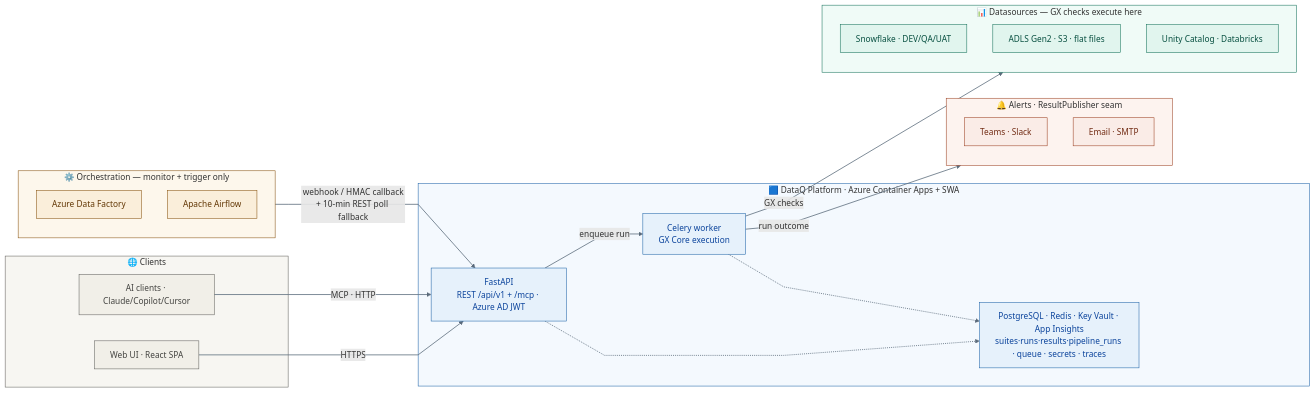
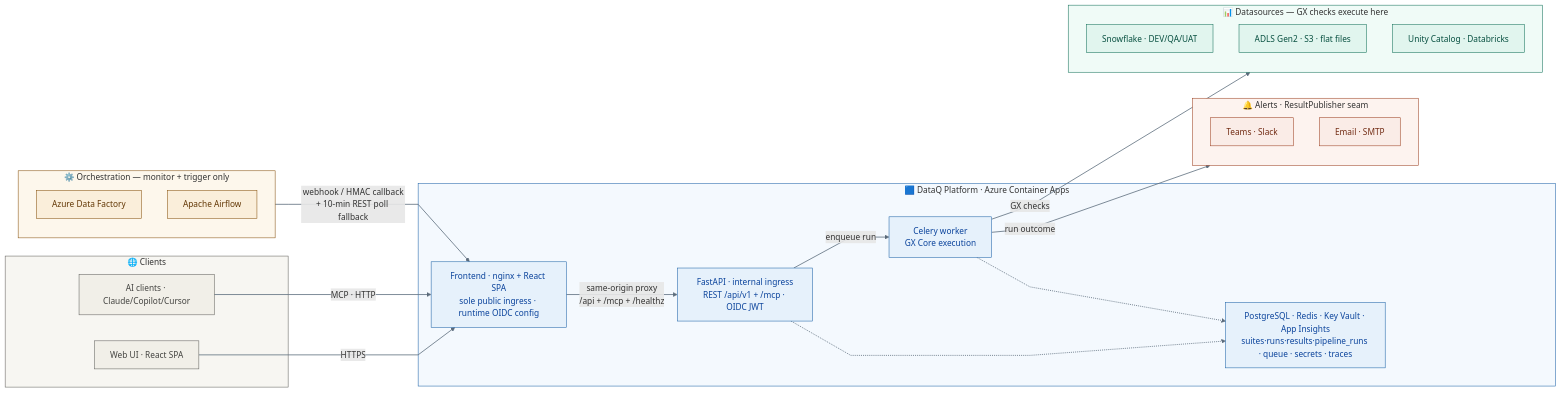
The diagram in docs/architecture.md (TheurgicDuke771/DataQ), drawn with Mermaid before and after one commit. The commit also changed other lines of this file and 5 other files, not shown here.

````diff
--- a/docs/architecture.md
+++ b/docs/architecture.md
@@ -5,52 +5,54 @@
 ```mermaid
 %%{init: {'flowchart': {'curve': 'linear'}}}%%
 flowchart LR
     subgraph orch["⚙️ Orchestration — monitor + trigger only"]
         ADF["Azure Data Factory"]
         AF["Apache Airflow"]
     end
     subgraph clients["🌐 Clients"]
         AICli["AI clients · Claude/Copilot/Cursor"]
         Web["Web UI · React SPA"]
     end
-    subgraph platform["🟦 DataQ Platform · Azure Container Apps + SWA"]
-        API["FastAPI<br/>REST /api/v1 + /mcp · Azure AD JWT"]
+    subgraph platform["🟦 DataQ Platform · Azure Container Apps"]
+        Frontend["Frontend · nginx + React SPA<br/>sole public ingress · runtime OIDC config"]
+        API["FastAPI · internal ingress<br/>REST /api/v1 + /mcp · OIDC JWT"]
         Worker["Celery worker<br/>GX Core execution"]
         Infra["PostgreSQL · Redis · Key Vault · App Insights<br/>suites·runs·results·pipeline_runs · queue · secrets · traces"]
     end
     subgraph alerts["🔔 Alerts · ResultPublisher seam"]
         Teams["Teams · Slack"]
         Email["Email · SMTP"]
     end
     subgraph ds["📊 Datasources — GX checks execute here"]
         SF["Snowflake · DEV/QA/UAT"]
         Files["ADLS Gen2 · S3 · flat files"]
         UC["Unity Catalog · Databricks"]
     end
 
-    Web -->|HTTPS| API
-    AICli -->|MCP · HTTP| API
-    orch -->|"webhook / HMAC callback<br/>+ 10-min REST poll fallback"| API
+    Web -->|HTTPS| Frontend
+    AICli -->|MCP · HTTP| Frontend
+    orch -->|"webhook / HMAC callback<br/>+ 10-min REST poll fallback"| Frontend
+    Frontend -->|"same-origin proxy<br/>/api + /mcp + /healthz"| API
     API -->|enqueue run| Worker
     API -.-> Infra
     Worker -.-> Infra
     Worker -->|run outcome| alerts
     Worker -->|GX checks| ds
 
     classDef hub fill:#E6F1FB,stroke:#185FA5,color:#0C449C
     classDef src fill:#E1F5EE,stroke:#0F6E56,color:#085041
     classDef integ fill:#FAEEDA,stroke:#854F0B,color:#633806
     classDef notify fill:#FAECE7,stroke:#993C1D,color:#712B13
     classDef client fill:#F1EFE8,stroke:#5F5E5A,color:#444441
-    class API,Worker,Infra hub
+    class API,Worker,Infra,Frontend hub
     class SF,Files,UC src
     class ADF,AF integ
     class Teams,Email notify
     class Web,AICli client
     style platform fill:#F4F9FE,stroke:#185FA5
     style ds fill:#F0FBF7,stroke:#0F6E56
     style orch fill:#FDF7EC,stroke:#854F0B
     style alerts fill:#FDF3EF,stroke:#993C1D
     style clients fill:#F7F6F2,stroke:#5F5E5A
     linkStyle default stroke:#5B6B7B,stroke-width:1.5px
 ```
````
